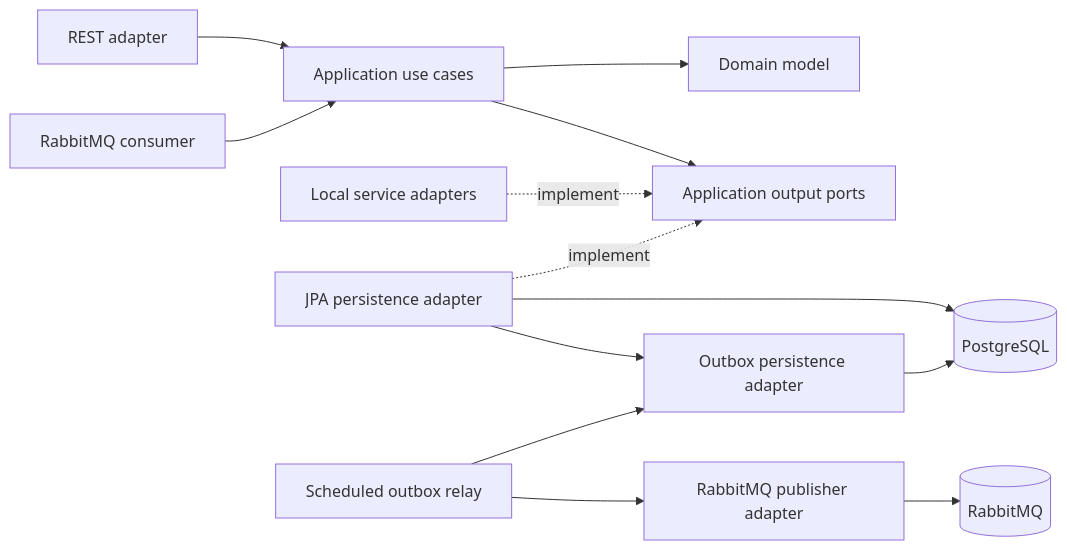
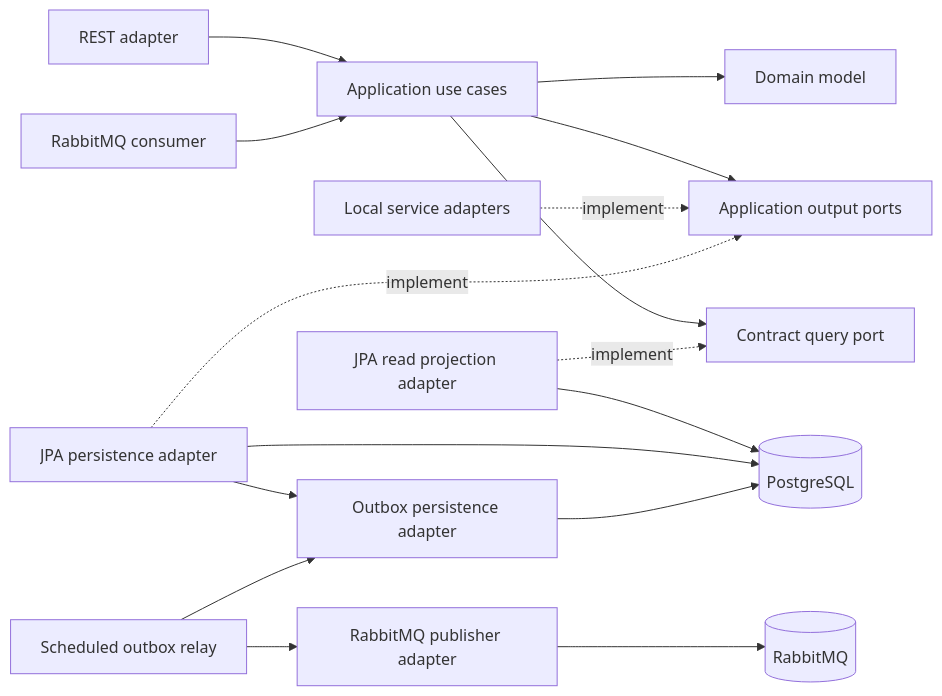
One commit to tmcly/credit-contract-manager changed the first of 9 diagrams in docs/architecture/overview.md. Above: the diagram before and after it, drawn with Mermaid. The commit also changed other lines of this file and 32 other files, not shown here.

Commit message:
feat: add paginated contract read APIs

````diff
--- a/docs/architecture/overview.md
+++ b/docs/architecture/overview.md
@@ -15,15 +15,18 @@
 ```mermaid
 flowchart LR
     HTTP["REST adapter"] --> APP["Application use cases"]
     CONSUMER["RabbitMQ consumer"] --> APP
     APP --> DOMAIN["Domain model"]
     APP --> PORTS["Application output ports"]
+    APP --> READPORT["Contract query port"]
     STUBS["Local service adapters"] -. implement .-> PORTS
     PERSISTENCE["JPA persistence adapter"] -. implement .-> PORTS
+    READMODEL["JPA read projection adapter"] -. implement .-> READPORT
+    READMODEL --> PG
     PERSISTENCE --> PG[("PostgreSQL")]
     OUTBOX["Outbox persistence adapter"] --> PG
     PERSISTENCE --> OUTBOX
     RELAY["Scheduled outbox relay"] --> OUTBOX
     RELAY --> PUBLISHER["RabbitMQ publisher adapter"]
     PUBLISHER --> MQ[("RabbitMQ")]
 ```
````
